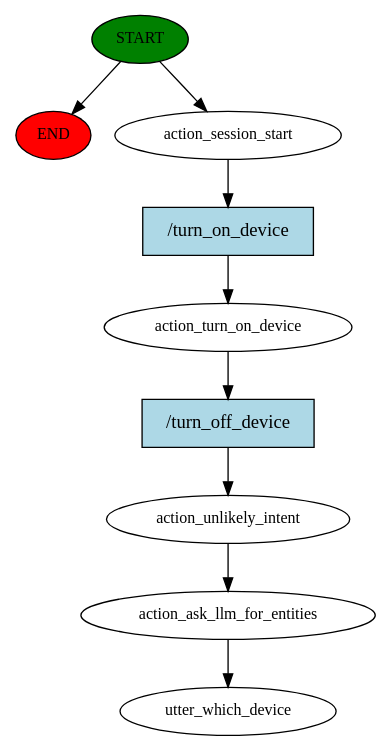
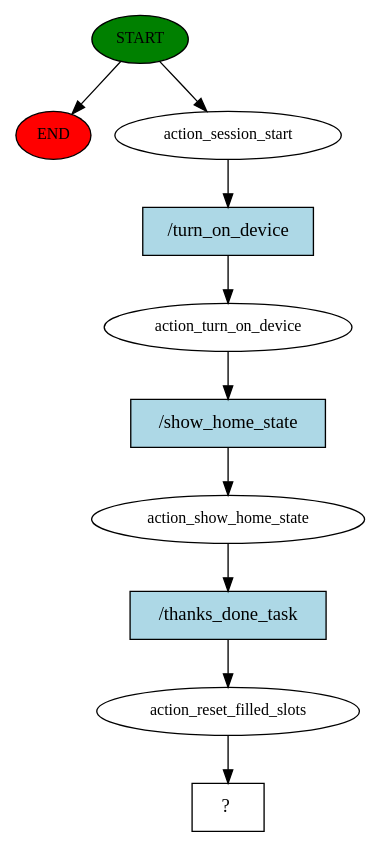
Before and after one commit to hossamhasanin/MrMoonSmartHome: the diagram in story_graph.dot, drawn with Graphviz. The commit also changed 12 other files, not shown here.

Commit message:
fixed some bugs in show home state action

```diff
--- a/story_graph.dot
+++ b/story_graph.dot
@@ -1,19 +1,21 @@
 digraph  {
 0 [class="start active", fillcolor=green, fontsize=12, label=START, style=filled];
 "-1" [class=end, fillcolor=red, fontsize=12, label=END, style=filled];
 1 [class=active, fontsize=12, label=action_session_start];
 2 [class=active, fontsize=12, label=action_turn_on_device];
-3 [class=active, fontsize=12, label=action_unlikely_intent];
-4 [class=active, fontsize=12, label=action_ask_llm_for_entities];
-5 [class="dashed active", fontsize=12, label=utter_which_device];
+3 [class=active, fontsize=12, label=action_show_home_state];
+4 [class=active, fontsize=12, label=action_reset_filled_slots];
+5 [class="intent dashed active", label="  ?  ", shape=rect];
 6 [class="intent active", fillcolor=lightblue, label="/turn_on_device", shape=rect, style=filled];
-7 [class="intent active", fillcolor=lightblue, label="/turn_off_device", shape=rect, style=filled];
+7 [class="intent active", fillcolor=lightblue, label="/show_home_state", shape=rect, style=filled];
+8 [class="intent active", fillcolor=lightblue, label="/thanks_done_task", shape=rect, style=filled];
 0 -> "-1"  [class="", key=NONE, label=""];
 0 -> 1  [class=active, key=NONE, label=""];
 1 -> 6  [class=active, key=0];
 2 -> 7  [class=active, key=0];
-3 -> 4  [class=active, key=NONE, label=""];
+3 -> 8  [class=active, key=0];
 4 -> 5  [class=active, key=NONE, label=""];
 6 -> 2  [class=active, key=0];
 7 -> 3  [class=active, key=0];
+8 -> 4  [class=active, key=0];
 }
```
